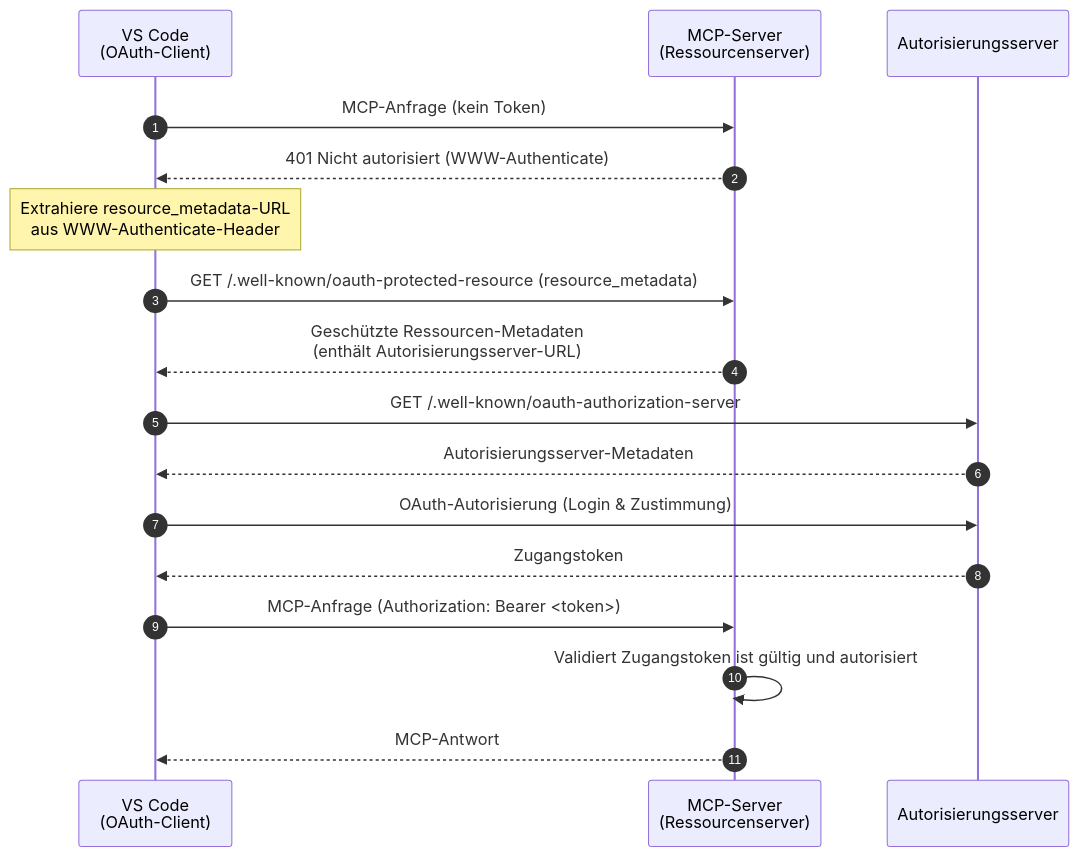
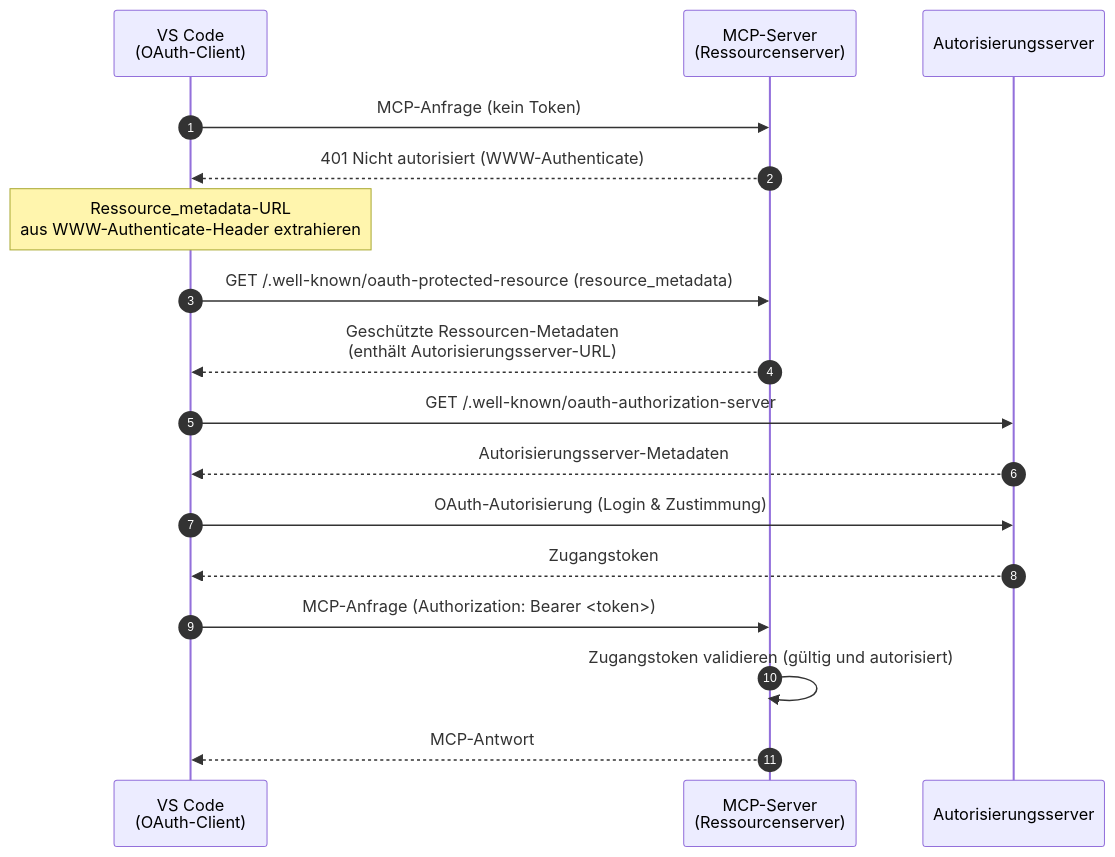
One commit to mcp-auth/docs changed the first of 2 diagrams in i18n/de/docusaurus-plugin-content-docs/current/tutorials/todo-manager/README.mdx. Above: the diagram before and after it, drawn with Mermaid. The commit also changed other lines of this file and 9 other files, not shown here.

````diff
--- a/i18n/de/docusaurus-plugin-content-docs/current/tutorials/todo-manager/README.mdx
+++ b/i18n/de/docusaurus-plugin-content-docs/current/tutorials/todo-manager/README.mdx
@@ -40,23 +40,23 @@
 ```mermaid
 sequenceDiagram
   autonumber
   participant Client as VS Code<br/>(OAuth-Client)
   participant RS as MCP-Server<br/>(Ressourcenserver)
   participant AS as Autorisierungsserver
 
   Client->>RS: MCP-Anfrage (kein Token)
   RS-->>Client: 401 Nicht autorisiert (WWW-Authenticate)
-  Note over Client: Extrahiere resource_metadata-URL<br/>aus WWW-Authenticate-Header
+  Note over Client: Ressource_metadata-URL<br/>aus WWW-Authenticate-Header extrahieren
 
   Client->>RS: GET /.well-known/oauth-protected-resource (resource_metadata)
   RS-->>Client: Geschützte Ressourcen-Metadaten<br/>(enthält Autorisierungsserver-URL)
 
   Client->>AS: GET /.well-known/oauth-authorization-server
   AS-->>Client: Autorisierungsserver-Metadaten
   Client->>AS: OAuth-Autorisierung (Login & Zustimmung)
   AS-->>Client: Zugangstoken
 
   Client->>RS: MCP-Anfrage (Authorization: Bearer <token>)
-  RS->>RS: Validiert Zugangstoken ist gültig und autorisiert
+  RS->>RS: Zugangstoken validieren (gültig und autorisiert)
   RS-->>Client: MCP-Antwort
 ```
````
